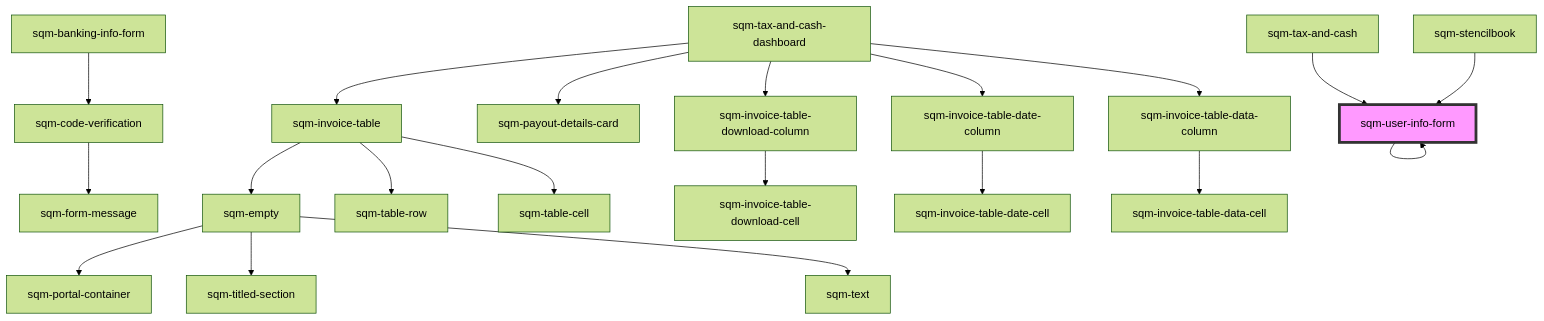
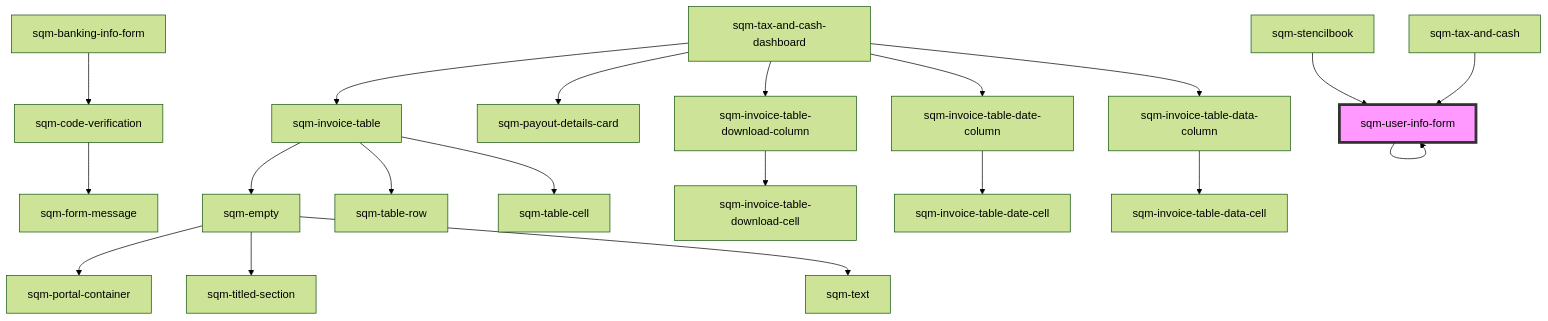
Before and after one commit to saasquatch/program-tools: the diagram in packages/mint-components/src/components/tax-and-cash/sqm-user-info-form/readme.md, drawn with Mermaid (forest theme). The commit also changed other lines of this file and 14 other files, not shown here.

````diff
--- a/packages/mint-components/src/components/tax-and-cash/sqm-user-info-form/readme.md
+++ b/packages/mint-components/src/components/tax-and-cash/sqm-user-info-form/readme.md
@@ -66,23 +66,23 @@
 ```mermaid
 graph TD;
   sqm-user-info-form --> sqm-user-info-form
   sqm-banking-info-form --> sqm-code-verification
   sqm-code-verification --> sqm-form-message
   sqm-tax-and-cash-dashboard --> sqm-payout-details-card
   sqm-tax-and-cash-dashboard --> sqm-invoice-table
   sqm-tax-and-cash-dashboard --> sqm-invoice-table-download-column
   sqm-tax-and-cash-dashboard --> sqm-invoice-table-date-column
   sqm-tax-and-cash-dashboard --> sqm-invoice-table-data-column
   sqm-invoice-table --> sqm-empty
   sqm-invoice-table --> sqm-table-row
   sqm-invoice-table --> sqm-table-cell
   sqm-empty --> sqm-portal-container
   sqm-empty --> sqm-titled-section
   sqm-empty --> sqm-text
   sqm-invoice-table-download-column --> sqm-invoice-table-download-cell
   sqm-invoice-table-date-column --> sqm-invoice-table-date-cell
   sqm-invoice-table-data-column --> sqm-invoice-table-data-cell
+  sqm-stencilbook --> sqm-user-info-form
   sqm-tax-and-cash --> sqm-user-info-form
-  sqm-stencilbook --> sqm-user-info-form
   style sqm-user-info-form fill:#f9f,stroke:#333,stroke-width:4px
 ```
````
